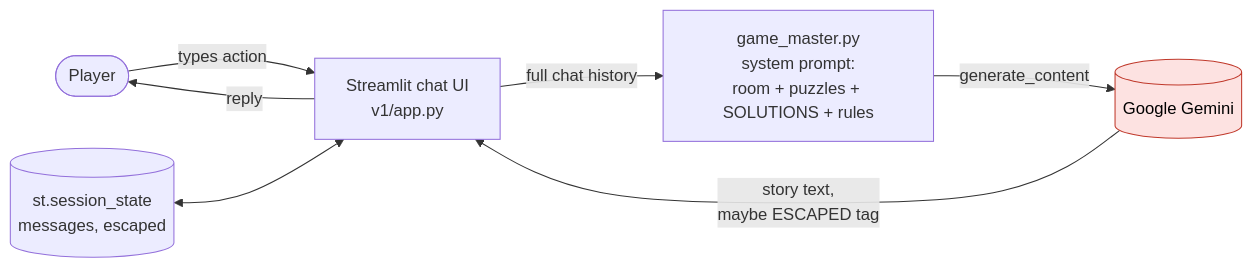
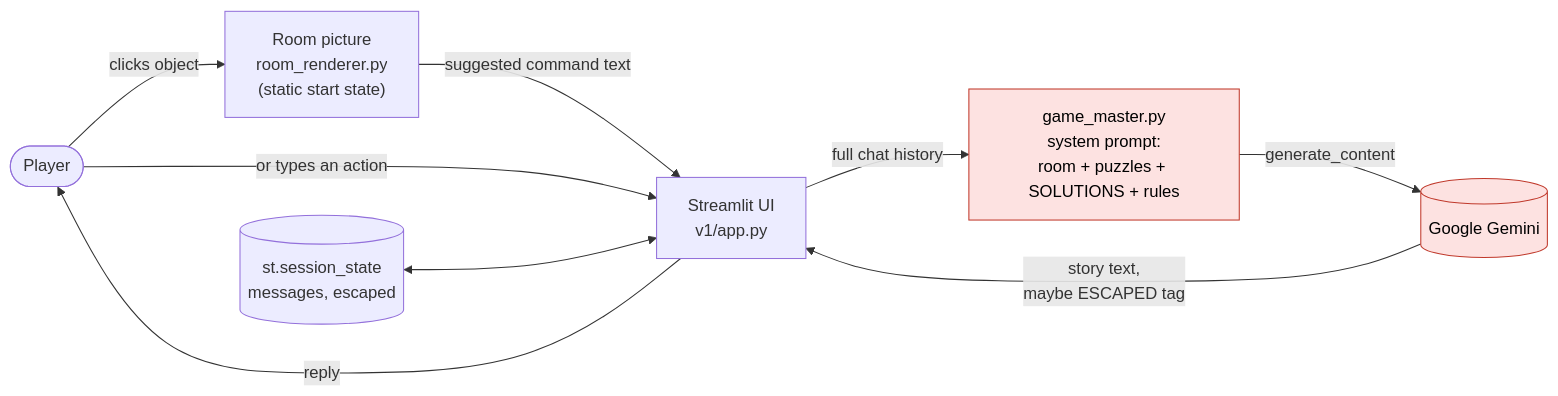
The diagram in docs/architecture/v1_architecture.mmd (raj-s17/ai-escape-room), drawn with Mermaid before and after one commit. The commit also changed 28 other files, not shown here.

```diff
--- a/docs/architecture/v1_architecture.mmd
+++ b/docs/architecture/v1_architecture.mmd
@@ -1,9 +1,11 @@
 flowchart LR
-    P([Player]) -->|types action| UI[Streamlit chat UI<br/>v1/app.py]
+    P([Player]) -->|clicks object| IMG["Room picture<br/>room_renderer.py<br/>(static start state)"]
+    IMG -->|suggested command text| UI
+    P -->|or types an action| UI[Streamlit UI<br/>v1/app.py]
     UI -->|full chat history| GM[game_master.py<br/>system prompt:<br/>room + puzzles + SOLUTIONS + rules]
     GM -->|generate_content| LLM[(Google Gemini)]
     LLM -->|story text,<br/>maybe ESCAPED tag| UI
     UI -->|reply| P
     SS[(st.session_state<br/>messages, escaped)] <--> UI
     classDef risk fill:#fde2e1,stroke:#c0392b,color:#000;
-    class LLM risk
+    class LLM,GM risk
```
